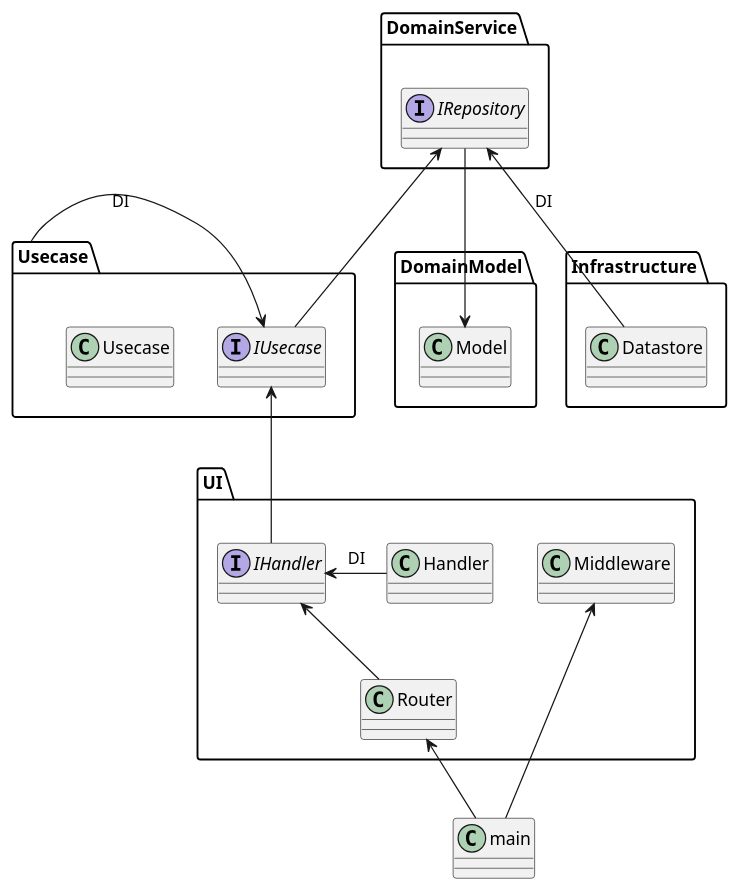
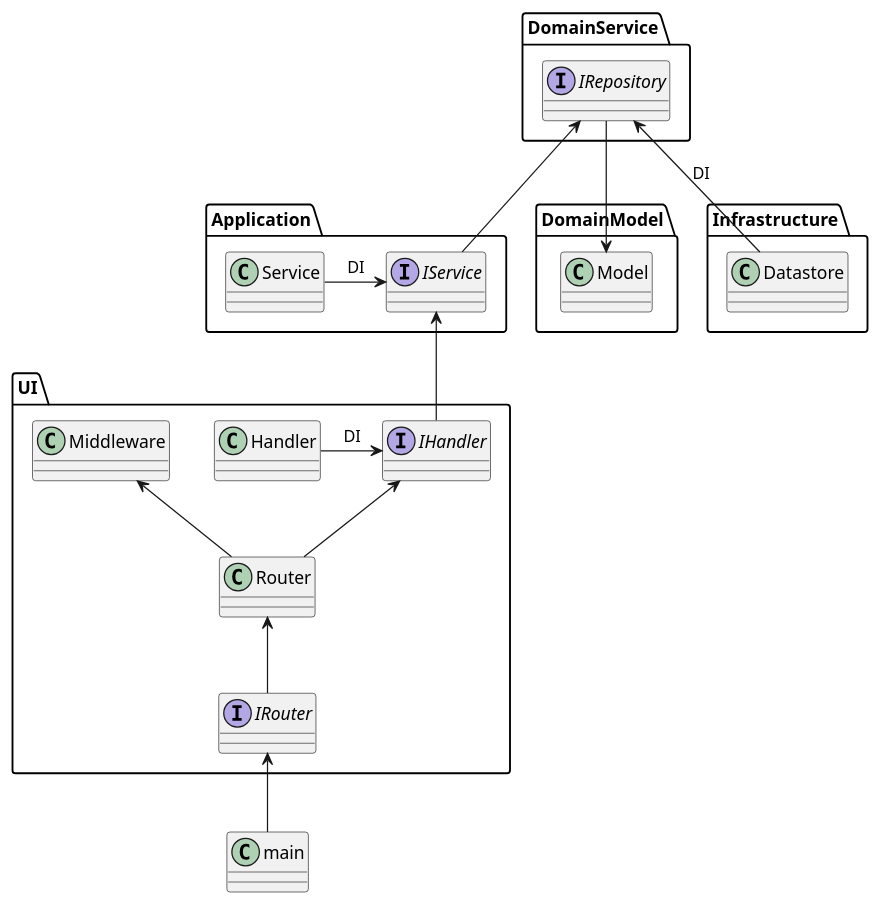
The diagram in docs/class.pu (oshou/AwesomeMusic-api), drawn with PlantUML before and after one commit. The commit also changed 18 other files, not shown here.

```diff
--- a/docs/class.pu
+++ b/docs/class.pu
@@ -1,35 +1,37 @@
 @startuml
 package DomainModel {
   class Model
 }
 
 package DomainService {
   interface IRepository
 }
 
-package Usecase {
-  class Usecase
-  interface IUsecase
+package Application {
+  class Service
+  interface IService
 }
 
 package Infrastructure {
   class Datastore
 }
 package UI {
+  interface IRouter
   class Router
   class Middleware
   interface IHandler
   class Handler
 }
 class main
 
 Model <-up- IRepository
-IUsecase -up-> IRepository
-Usecase -right-> IUsecase: DI
-IHandler -up-> IUsecase
+IService -up-> IRepository
+Datastore -up-> IRepository: DI
+Service -right-> IService: DI
+IHandler -up-> IService
 Handler -right-> IHandler: DI
 Router -up-> IHandler
-Datastore -up-> IRepository: DI
-main -up-> Router
-main -up-> Middleware
+Router -up-> Middleware
+IRouter -up-> Router
+main -up-> IRouter
 @enduml
```
